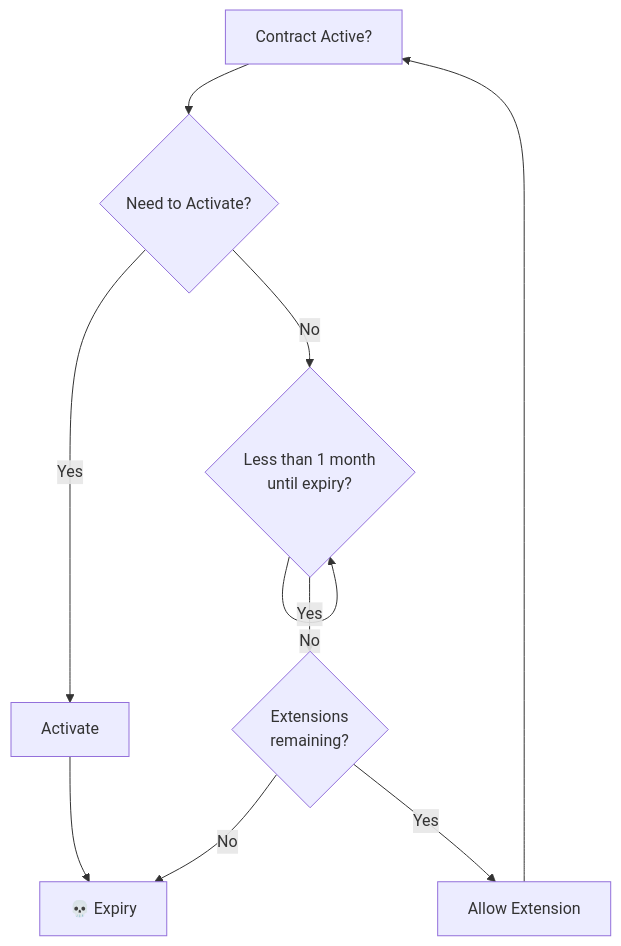
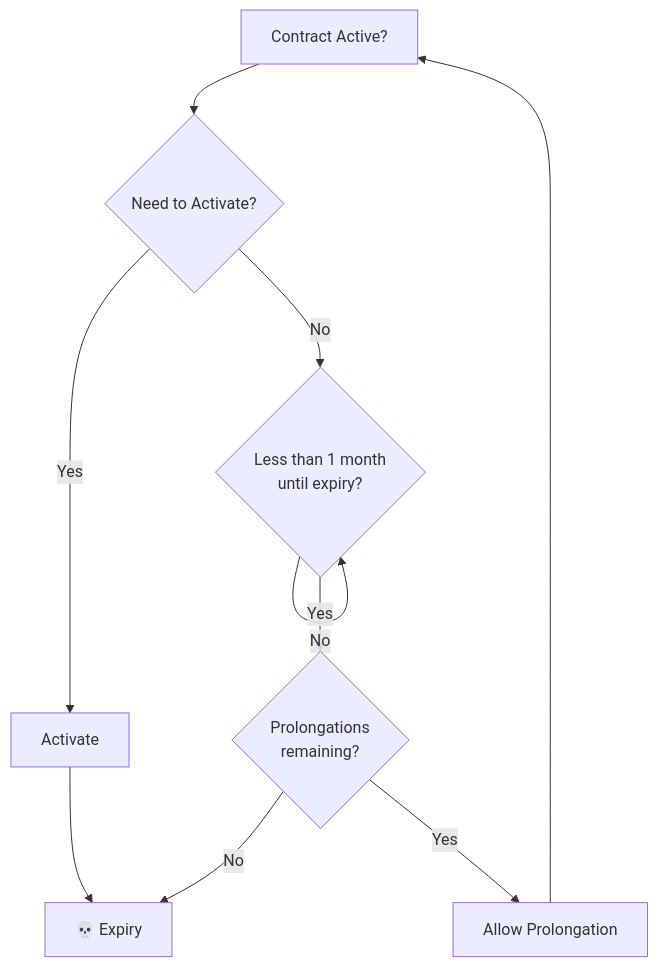
One commit to Alexvozhak/gate-seals-v2 changed the first of 2 diagrams in README.md. Above: the diagram before and after it, drawn with Mermaid. The commit also changed other lines of this file and 6 other files, not shown here.

Commit message:
refactor: Change extension terminology back to prolongation. More specific terminology: max_extensions->max_prolongations, extension_activation_window->prolongation_activation_window, extensions_used->prolongations_used. Updated all contracts, tests, and documentation. Factory compiles successfully.

````diff
--- a/README.md
+++ b/README.md
@@ -41,10 +41,10 @@
 ```mermaid
 flowchart TD
     A[Contract Active?] --> B{Need to Activate?}
     B -->|Yes| C[Activate] --> Z[💀 Expiry]
     B -->|No| D{Less than 1 month<br/>until expiry?}
     D -->|No| D
-    D -->|Yes| E{Extensions<br/>remaining?}
+    D -->|Yes| E{Prolongations<br/>remaining?}
     E -->|No| Z
-    E -->|Yes| F[Allow Extension] --> A
+    E -->|Yes| F[Allow Prolongation] --> A
 ```
````
